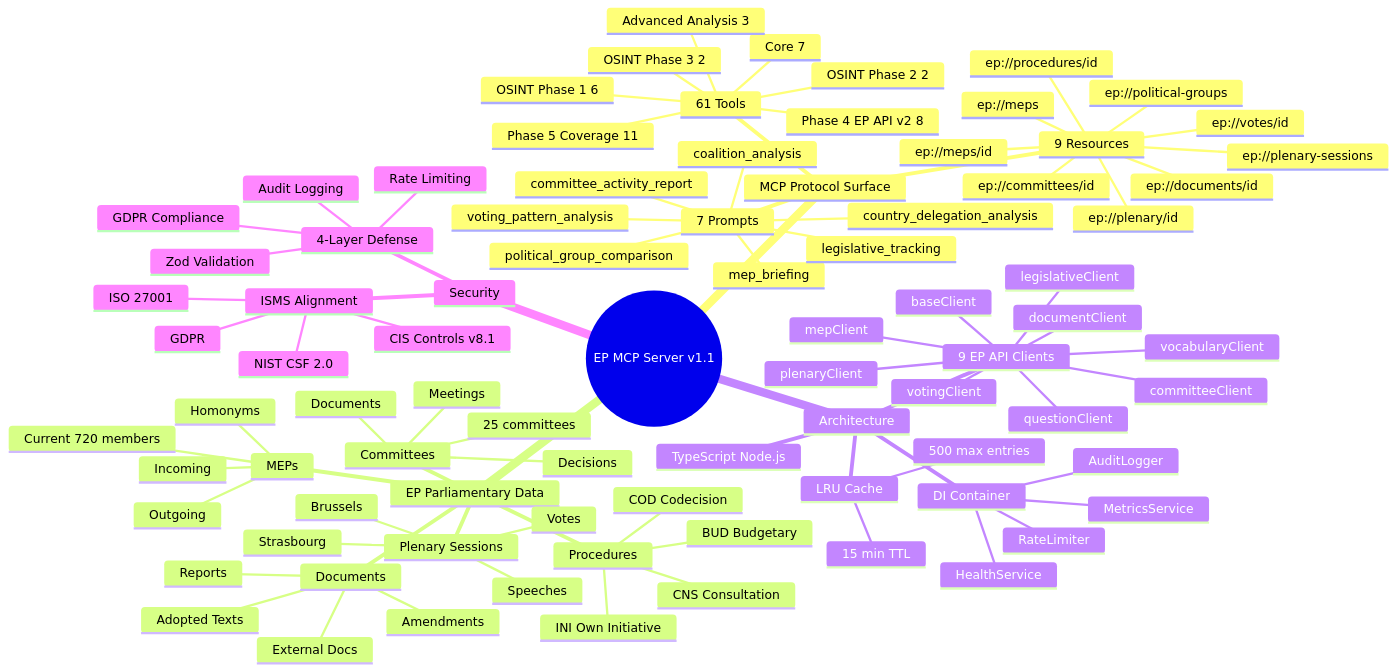
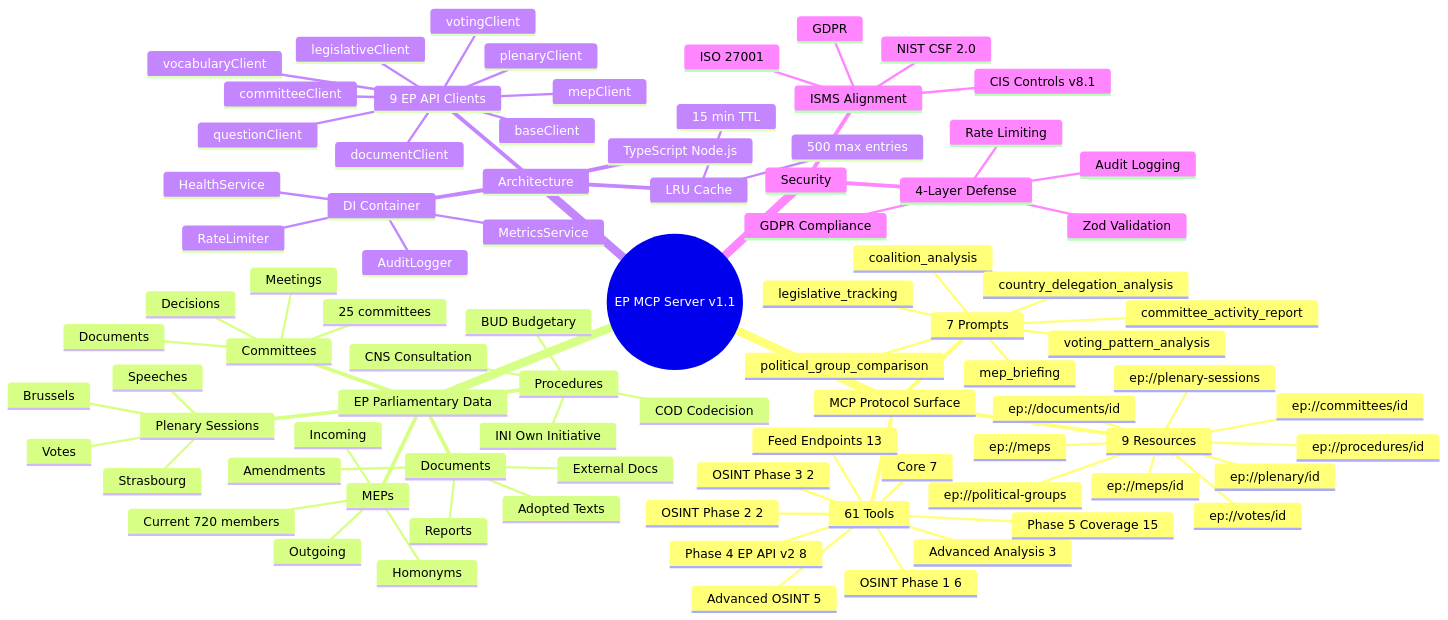
One commit to Hack23/European-Parliament-MCP-Server changed the first of 5 diagrams in MINDMAP.md. Above: the diagram before and after it, drawn with Mermaid. The commit also changed other lines of this file and 6 other files, not shown here.

First line of the commit message:
Update architecture documentation to reflect correctness improvements (#279-#286)

```diff
--- a/MINDMAP.md
+++ b/MINDMAP.md
@@ -62,8 +62,10 @@
         OSINT Phase 1 6
         OSINT Phase 2 2
         OSINT Phase 3 2
+        Advanced OSINT 5
         Phase 4 EP API v2 8
-        Phase 5 Coverage 11
+        Phase 5 Coverage 15
+        Feed Endpoints 13
       9 Resources
         ep://meps
         ep://meps/id
```
